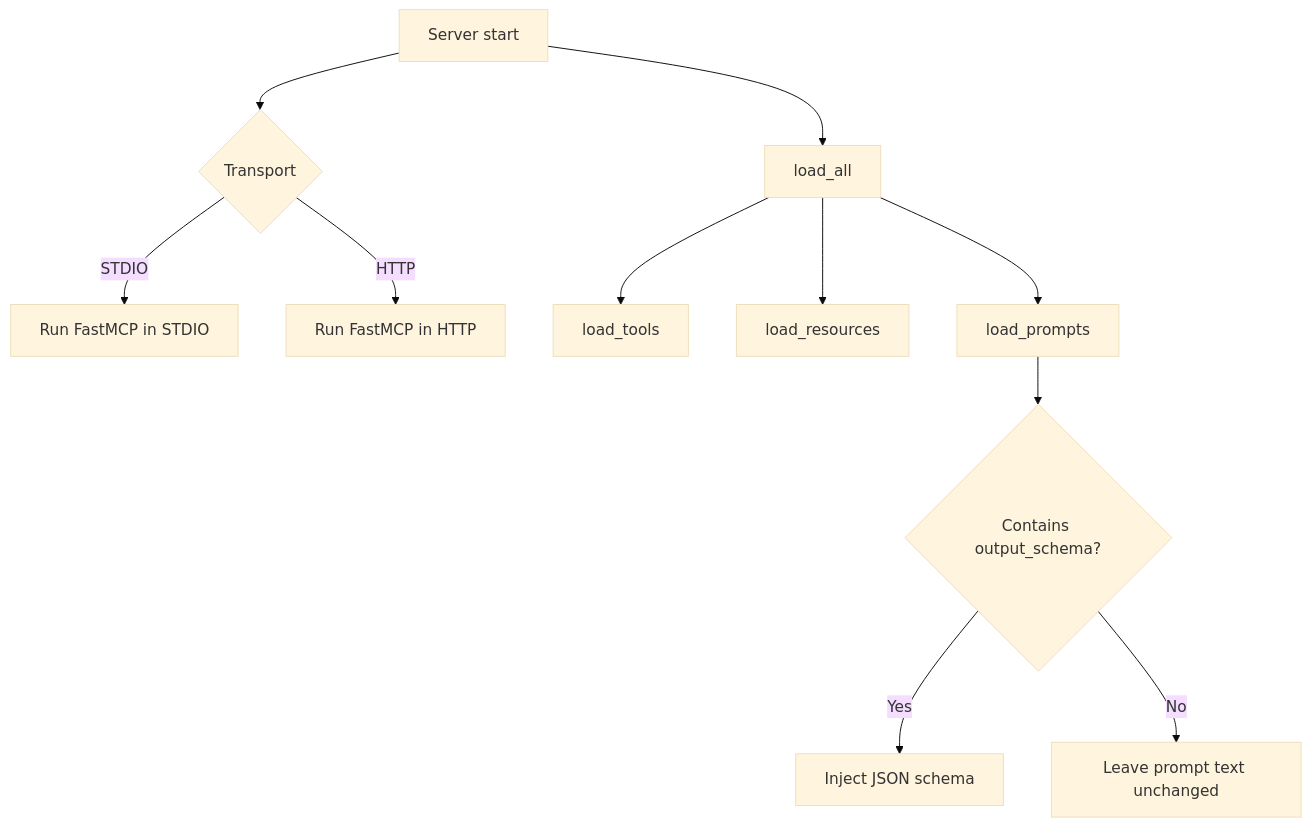
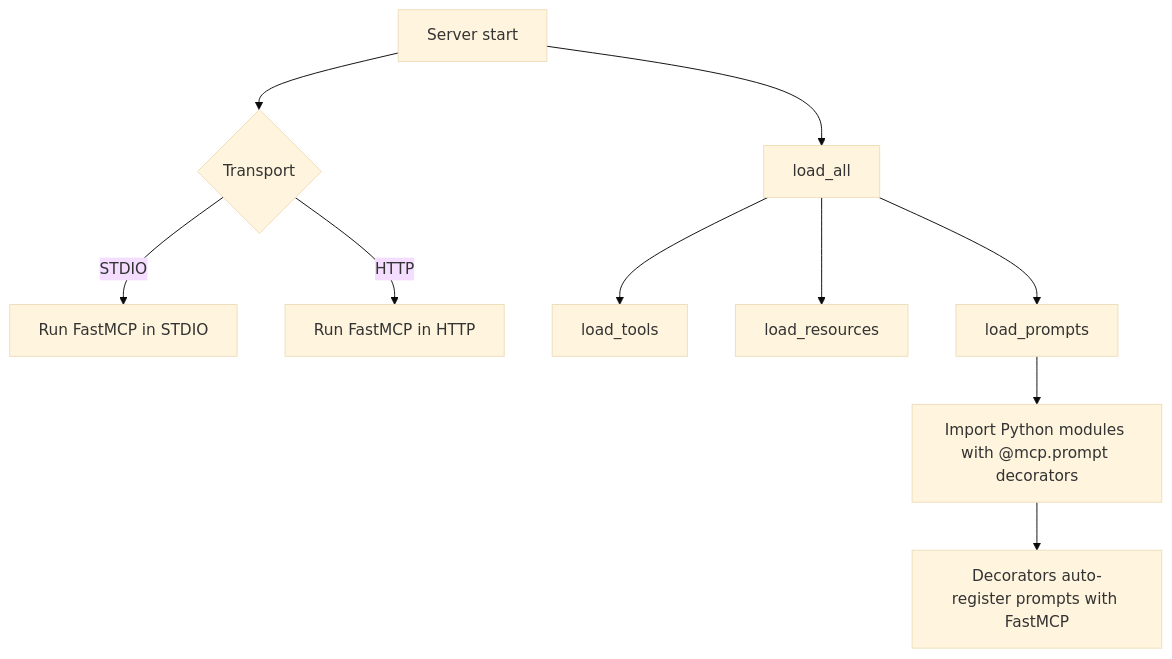
One commit to rdwj/mcp-server-template changed the second of 3 diagrams in ARCHITECTURE.md. Above: the diagram before and after it, drawn with Mermaid (base theme). The commit also changed other lines of this file and 13 other files, not shown here.

Commit message:
improve prompts compliance with FastMCP

````diff
--- a/ARCHITECTURE.md
+++ b/ARCHITECTURE.md
@@ -41,13 +42,12 @@
 ```mermaid
 flowchart TD
   A[Server start] --> B{Transport}
   B -- STDIO --> C[Run FastMCP in STDIO]
   B -- HTTP --> D[Run FastMCP in HTTP]
   A --> E[load_all]
   E --> F[load_tools]
   E --> G[load_resources]
   E --> H[load_prompts]
-  H --> I{Contains output_schema?}
-  I -- Yes --> J[Inject JSON schema]
-  I -- No --> K[Leave prompt text unchanged]
+  H --> I[Import Python modules with @mcp.prompt decorators]
+  I --> J[Decorators auto-register prompts with FastMCP]
 ```
````
